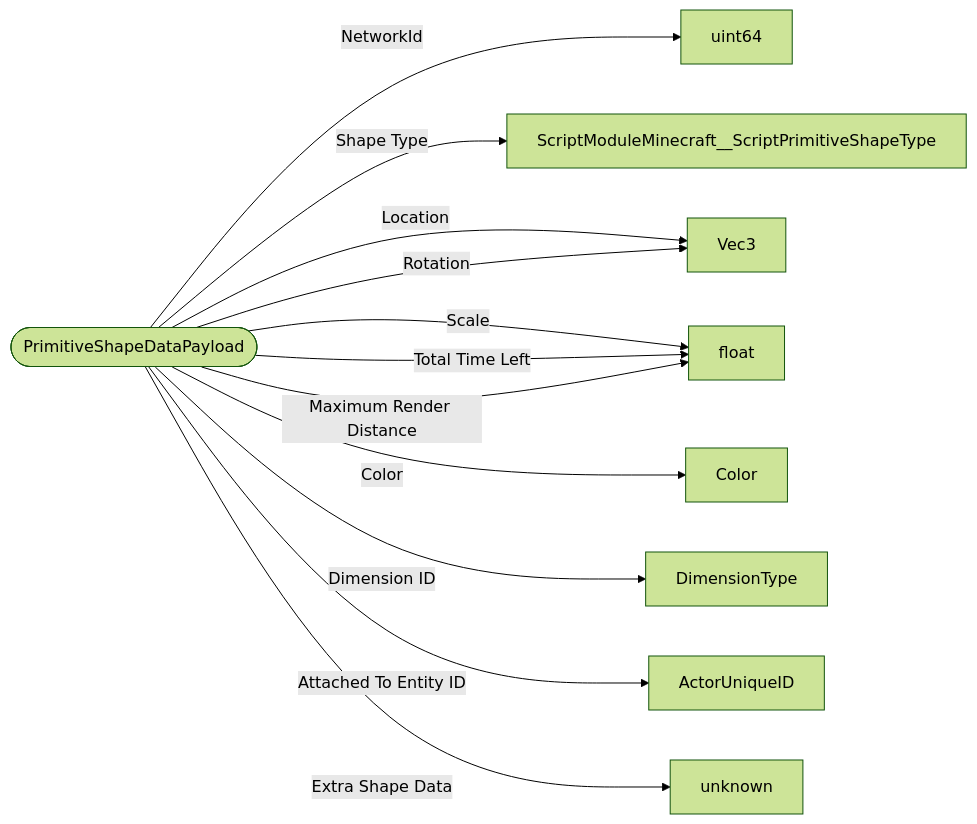
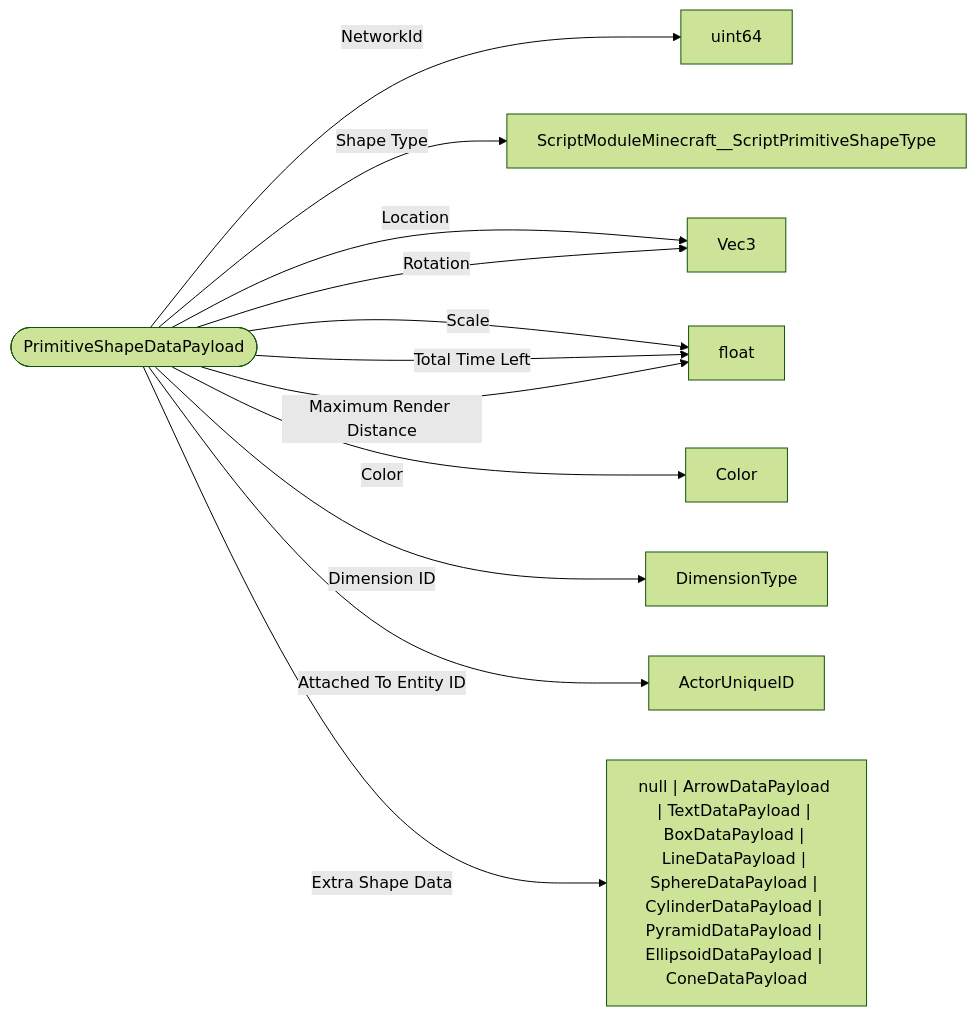
Before and after one commit to bedrock-v/protocol-docs: the diagram in schemas/types/PrimitiveShapeDataPayload.md, drawn with Mermaid (forest theme). The commit also changed 114 other files, not shown here.

````diff
--- a/schemas/types/PrimitiveShapeDataPayload.md
+++ b/schemas/types/PrimitiveShapeDataPayload.md
@@ -5,15 +5,15 @@
 ```mermaid
 flowchart LR
   ROOT(["PrimitiveShapeDataPayload"])
   ROOT -->|"NetworkId"| uint64["uint64"]
   ROOT -->|"Shape Type"| ScriptModuleMinecraft__ScriptPrimitiveShapeType["ScriptModuleMinecraft__ScriptPrimitiveShapeType"]
   ROOT -->|"Location"| Vec3["Vec3"]
   ROOT -->|"Scale"| float["float"]
   ROOT -->|"Rotation"| Vec3["Vec3"]
   ROOT -->|"Total Time Left"| float["float"]
   ROOT -->|"Maximum Render Distance"| float["float"]
   ROOT -->|"Color"| Color["Color"]
   ROOT -->|"Dimension ID"| DimensionType["DimensionType"]
   ROOT -->|"Attached To Entity ID"| ActorUniqueID["ActorUniqueID"]
-  ROOT -->|"Extra Shape Data"| unknown["unknown"]
+  ROOT -->|"Extra Shape Data"| null___ArrowDataPayload___TextDataPayload___BoxDataPayload___LineDataPayload___SphereDataPayload___CylinderDataPayload___PyramidDataPayload___EllipsoidDataPayload___ConeDataPayload["null | ArrowDataPayload | TextDataPayload | BoxDataPayload | LineDataPayload | SphereDataPayload | CylinderDataPayload | PyramidDataPayload | EllipsoidDataPayload | ConeDataPayload"]
 ```
````
